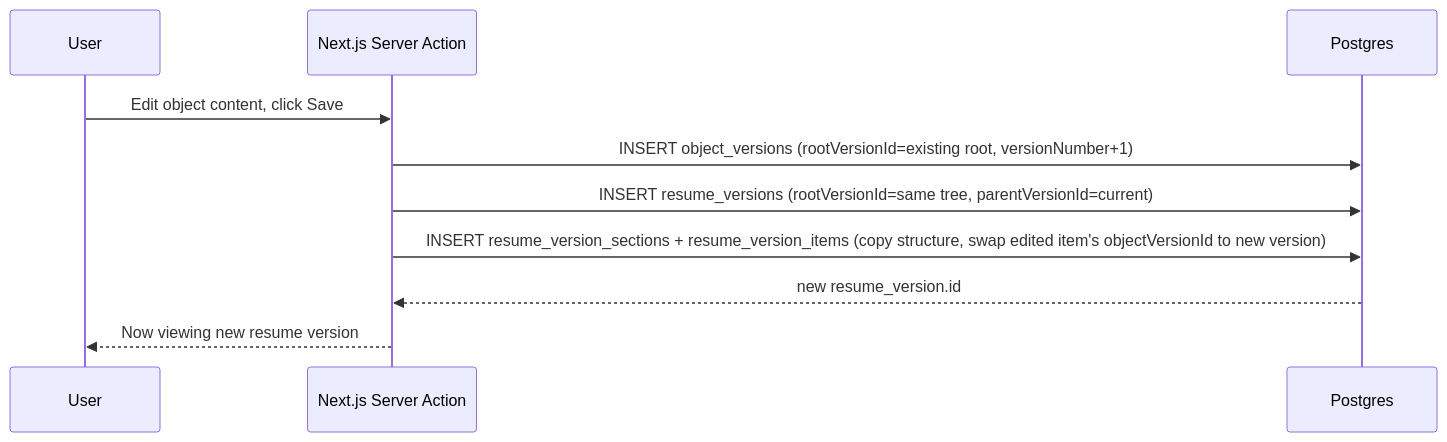
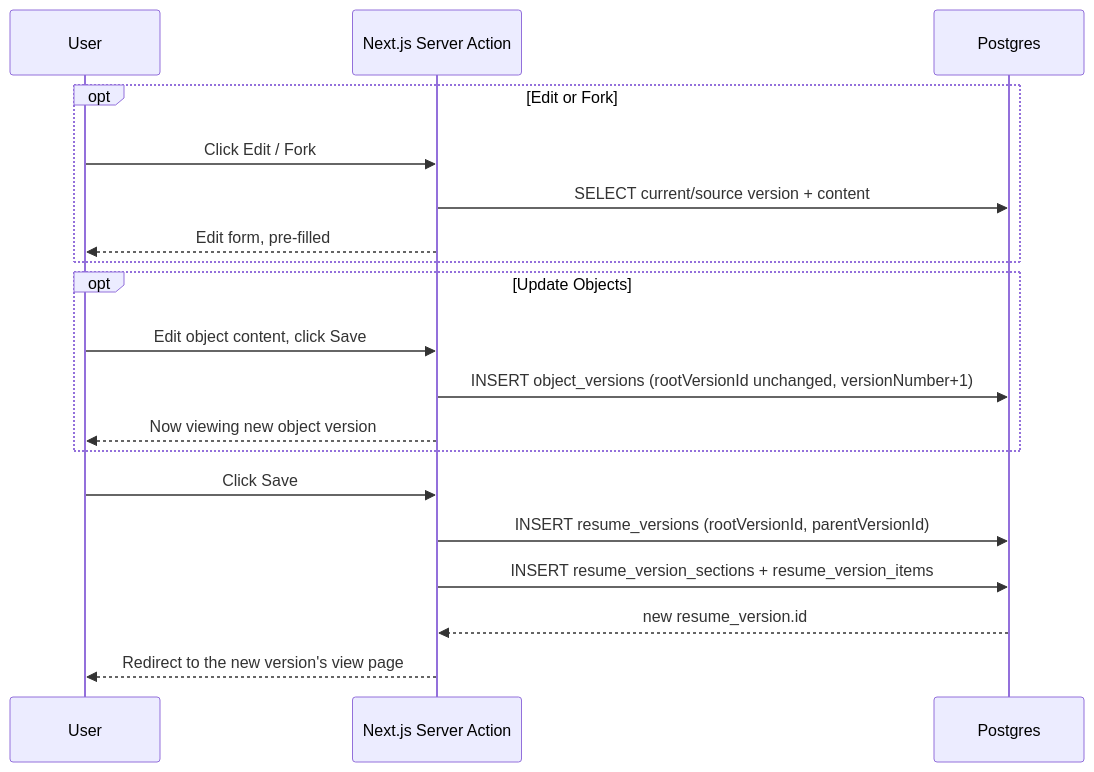
One commit to NiceKim/career-profile changed the third of 5 diagrams in docs/superpowers/specs/2026-08-16-resume-version-control-design.md. Above: the diagram before and after it, drawn with Mermaid. The commit also changed other lines of this file and 2 other files, not shown here.

````diff
--- a/docs/superpowers/specs/2026-08-16-resume-version-control-design.md
+++ b/docs/superpowers/specs/2026-08-16-resume-version-control-design.md
@@ -116,13 +119,24 @@
 ```mermaid
 sequenceDiagram
     participant U as User
     participant App as Next.js Server Action
     participant DB as Postgres
 
-    U->>App: Edit object content, click Save
-    App->>DB: INSERT object_versions (rootVersionId=existing root, versionNumber+1)
-    App->>DB: INSERT resume_versions (rootVersionId=same tree, parentVersionId=current)
-    App->>DB: INSERT resume_version_sections + resume_version_items (copy structure, swap edited item's objectVersionId to new version)
+    opt Edit or Fork
+        U->>App: Click Edit / Fork
+        App->>DB: SELECT current/source version + content
+        App-->>U: Edit form, pre-filled
+    end
+
+    opt Update Objects
+        U->>App: Edit object content, click Save
+        App->>DB: INSERT object_versions (rootVersionId unchanged, versionNumber+1)
+        App-->>U: Now viewing new object version
+    end
+
+    U->>App: Click Save
+    App->>DB: INSERT resume_versions (rootVersionId, parentVersionId)
+    App->>DB: INSERT resume_version_sections + resume_version_items
     DB-->>App: new resume_version.id
-    App-->>U: Now viewing new resume version
+    App-->>U: Redirect to the new version's view page
 ```
````
